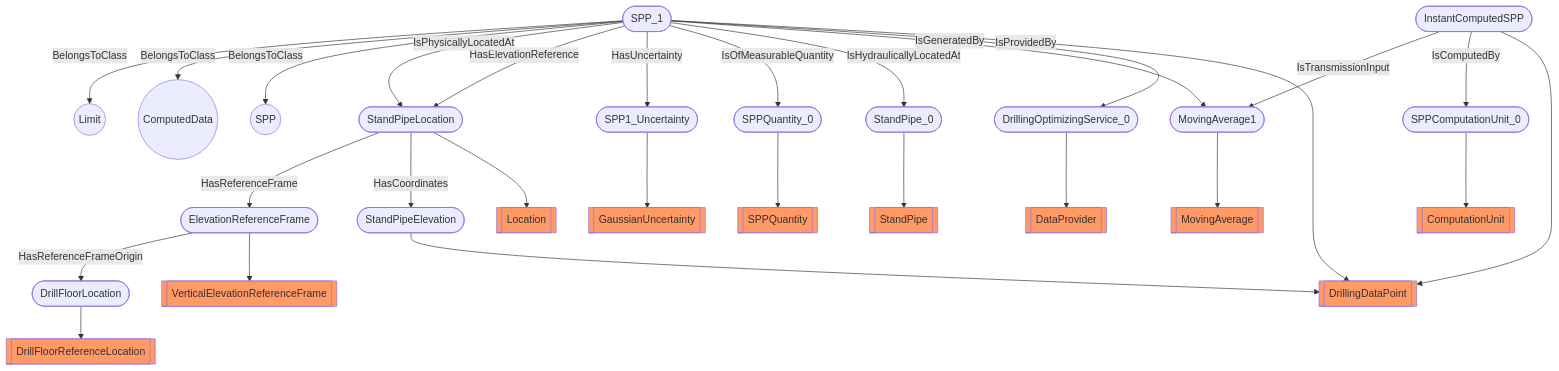
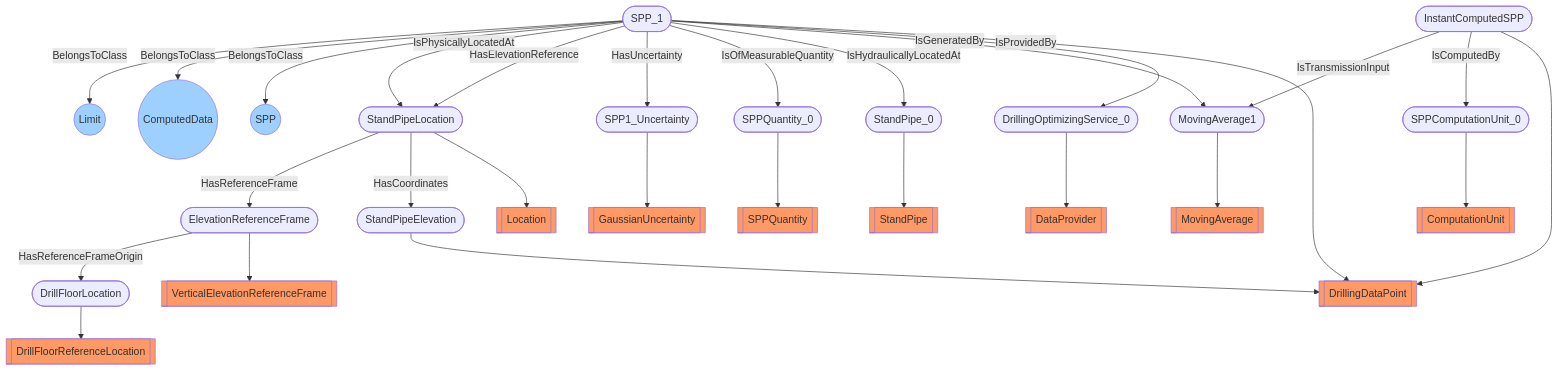
Before and after one commit to D-WIS/DDHub-Semantic-Interoperability: the diagram in docs/vocabulary_development/auto-generated/md/examples/DWIS-SPP1.md, drawn with Mermaid. The commit also changed 26 other files, not shown here.

````diff
--- a/docs/vocabulary_development/auto-generated/md/examples/DWIS-SPP1.md
+++ b/docs/vocabulary_development/auto-generated/md/examples/DWIS-SPP1.md
@@ -29,31 +29,32 @@
 ```mermaid
 flowchart TD
 	 classDef typeClass fill:#f96;
+	 classDef classClass fill:#9dd0ff;
 	StandPipe_0([StandPipe_0]) --> StandPipe[[StandPipe]]:::typeClass
 	SPPQuantity_0([SPPQuantity_0]) --> SPPQuantity[[SPPQuantity]]:::typeClass
 	StandPipeLocation([StandPipeLocation]) --> Location[[Location]]:::typeClass
 	DrillFloorLocation([DrillFloorLocation]) --> DrillFloorReferenceLocation[[DrillFloorReferenceLocation]]:::typeClass
 	StandPipeElevation([StandPipeElevation]) --> DrillingDataPoint[[DrillingDataPoint]]:::typeClass
 	ElevationReferenceFrame([ElevationReferenceFrame]) --> VerticalElevationReferenceFrame[[VerticalElevationReferenceFrame]]:::typeClass
 	SPP_1([SPP_1]) --> DrillingDataPoint[[DrillingDataPoint]]:::typeClass
 	DrillingOptimizingService_0([DrillingOptimizingService_0]) --> DataProvider[[DataProvider]]:::typeClass
 	MovingAverage1([MovingAverage1]) --> MovingAverage[[MovingAverage]]:::typeClass
 	SPP1_Uncertainty([SPP1_Uncertainty]) --> GaussianUncertainty[[GaussianUncertainty]]:::typeClass
 	SPPComputationUnit_0([SPPComputationUnit_0]) --> ComputationUnit[[ComputationUnit]]:::typeClass
 	InstantComputedSPP([InstantComputedSPP]) --> DrillingDataPoint[[DrillingDataPoint]]:::typeClass
 	 StandPipeLocation -- HasCoordinates --> StandPipeElevation 
 	 StandPipeLocation -- HasReferenceFrame --> ElevationReferenceFrame 
 	 ElevationReferenceFrame -- HasReferenceFrameOrigin --> DrillFloorLocation 
 	 SPP_1 -- IsProvidedBy --> DrillingOptimizingService_0 
 	 SPP_1 -- IsGeneratedBy --> MovingAverage1 
 	 SPP_1 -- IsHydraulicallyLocatedAt --> StandPipe_0 
 	 SPP_1 -- IsOfMeasurableQuantity --> SPPQuantity_0 
 	 SPP_1 -- HasUncertainty --> SPP1_Uncertainty 
 	 SPP_1 -- HasElevationReference --> StandPipeLocation 
 	 SPP_1 -- IsPhysicallyLocatedAt --> StandPipeLocation 
 	 InstantComputedSPP -- IsComputedBy --> SPPComputationUnit_0 
 	 InstantComputedSPP -- IsTransmissionInput --> MovingAverage1 
-	 SPP_1 -- BelongsToClass --> SPP((SPP)) 
-	 SPP_1 -- BelongsToClass --> ComputedData((ComputedData)) 
-	 SPP_1 -- BelongsToClass --> Limit((Limit)) 
+	 SPP_1 -- BelongsToClass --> SPP((SPP)):::classClass
+	 SPP_1 -- BelongsToClass --> ComputedData((ComputedData)):::classClass
+	 SPP_1 -- BelongsToClass --> Limit((Limit)):::classClass
 ```
````
